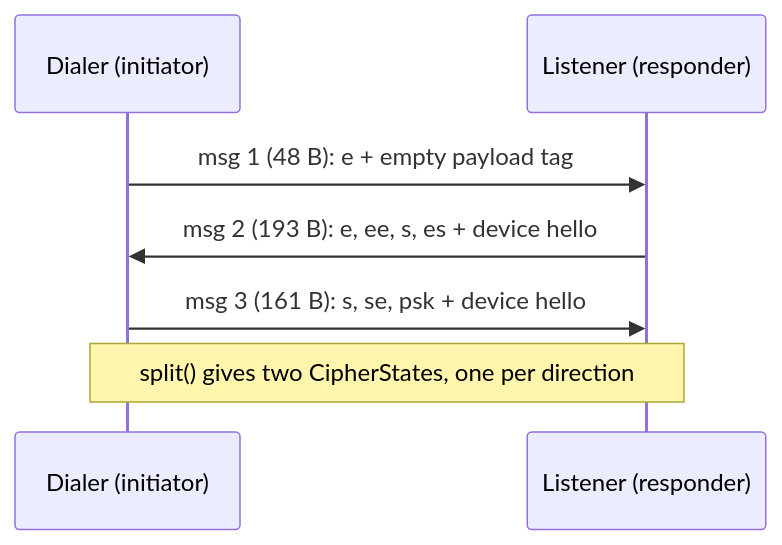
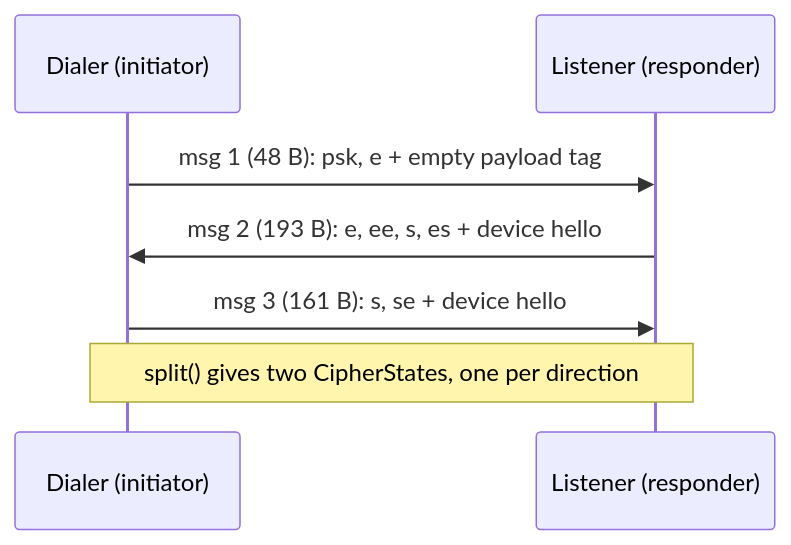
The diagram in learning/net/transport/noise.md (highercomve/nomadfs), drawn with Mermaid before and after one commit. The commit also changed other lines of this file and 31 other files, not shown here.

````diff
--- a/learning/net/transport/noise.md
+++ b/learning/net/transport/noise.md
@@ -49,9 +51,9 @@
 ```mermaid
 sequenceDiagram
     participant I as Dialer (initiator)
     participant R as Listener (responder)
-    I->>R: msg 1 (48 B): e + empty payload tag
+    I->>R: msg 1 (48 B): psk, e + empty payload tag
     R->>I: msg 2 (193 B): e, ee, s, es + device hello
-    I->>R: msg 3 (161 B): s, se, psk + device hello
+    I->>R: msg 3 (161 B): s, se + device hello
     Note over I,R: split() gives two CipherStates, one per direction
 ```
````
